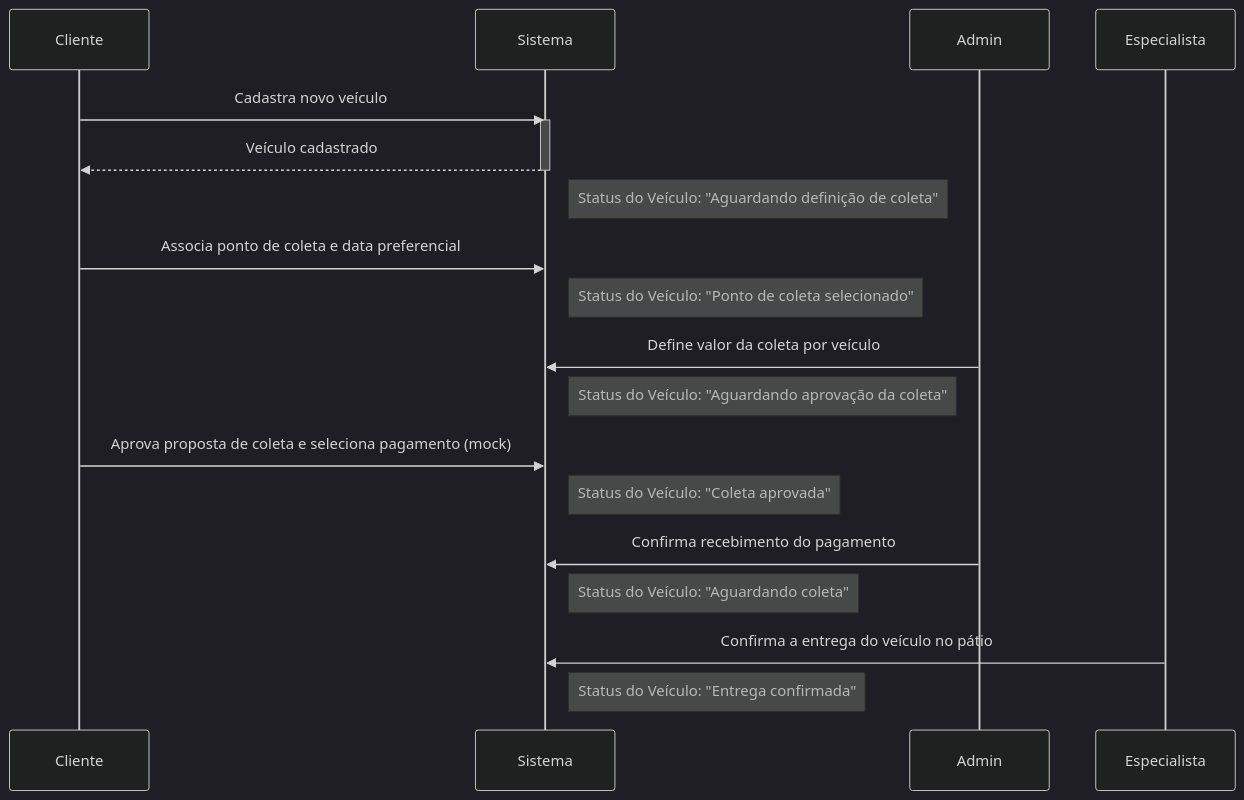
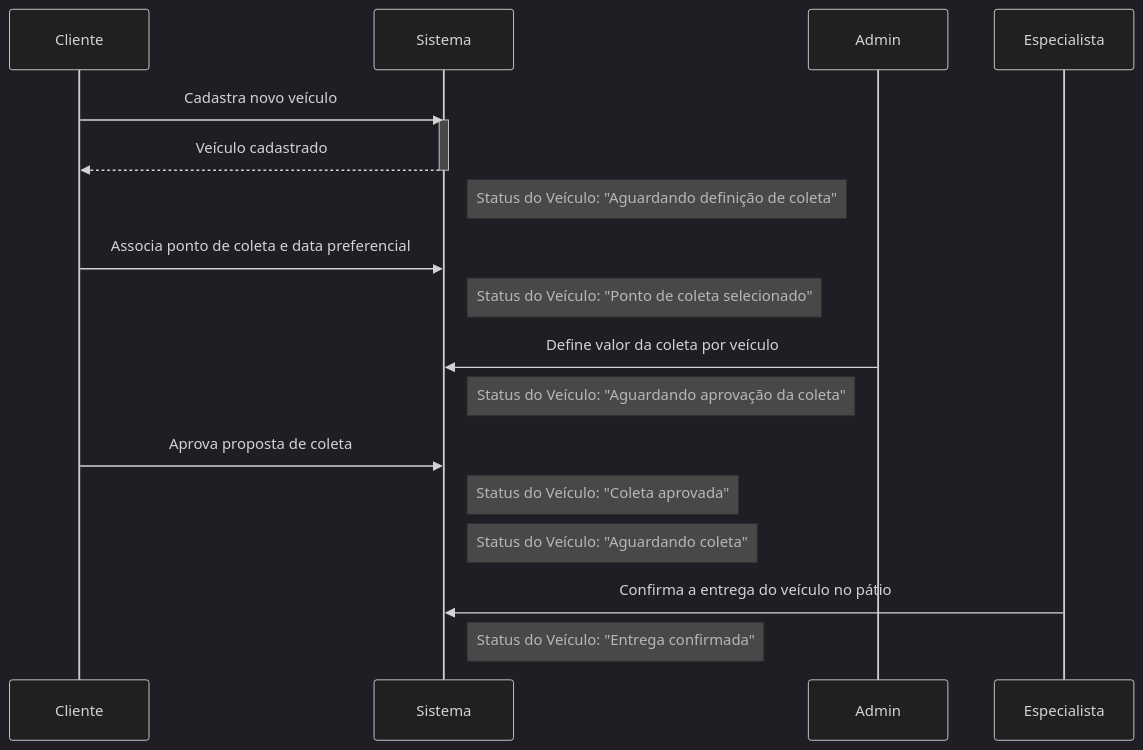
The diagram in docs/fluxos_de_servico/fluxo_aprovacao.md (rafaelbsfarias/proline-homolog), drawn with Mermaid (dark theme) before and after one commit. The commit also changed 28 other files, not shown here.

````diff
--- a/docs/fluxos_de_servico/fluxo_aprovacao.md
+++ b/docs/fluxos_de_servico/fluxo_aprovacao.md
@@ -4,28 +4,27 @@
 ```mermaid
 sequenceDiagram
     participant Cliente
     participant Sistema
     participant Admin
     participant Especialista
 
     Cliente->>Sistema: Cadastra novo veículo
     activate Sistema
     Sistema-->>Cliente: Veículo cadastrado
     deactivate Sistema
     note right of Sistema: Status do Veículo: "Aguardando definição de coleta"
 
     Cliente->>Sistema: Associa ponto de coleta e data preferencial
     note right of Sistema: Status do Veículo: "Ponto de coleta selecionado"
 
     Admin->>Sistema: Define valor da coleta por veículo
     note right of Sistema: Status do Veículo: "Aguardando aprovação da coleta"
 
-    Cliente->>Sistema: Aprova proposta de coleta e seleciona pagamento (mock)
+    Cliente->>Sistema: Aprova proposta de coleta
     note right of Sistema: Status do Veículo: "Coleta aprovada"
 
-    Admin->>Sistema: Confirma recebimento do pagamento
     note right of Sistema: Status do Veículo: "Aguardando coleta"
 
     Especialista->>Sistema: Confirma a entrega do veículo no pátio
     note right of Sistema: Status do Veículo: "Entrega confirmada"
 ```
````
